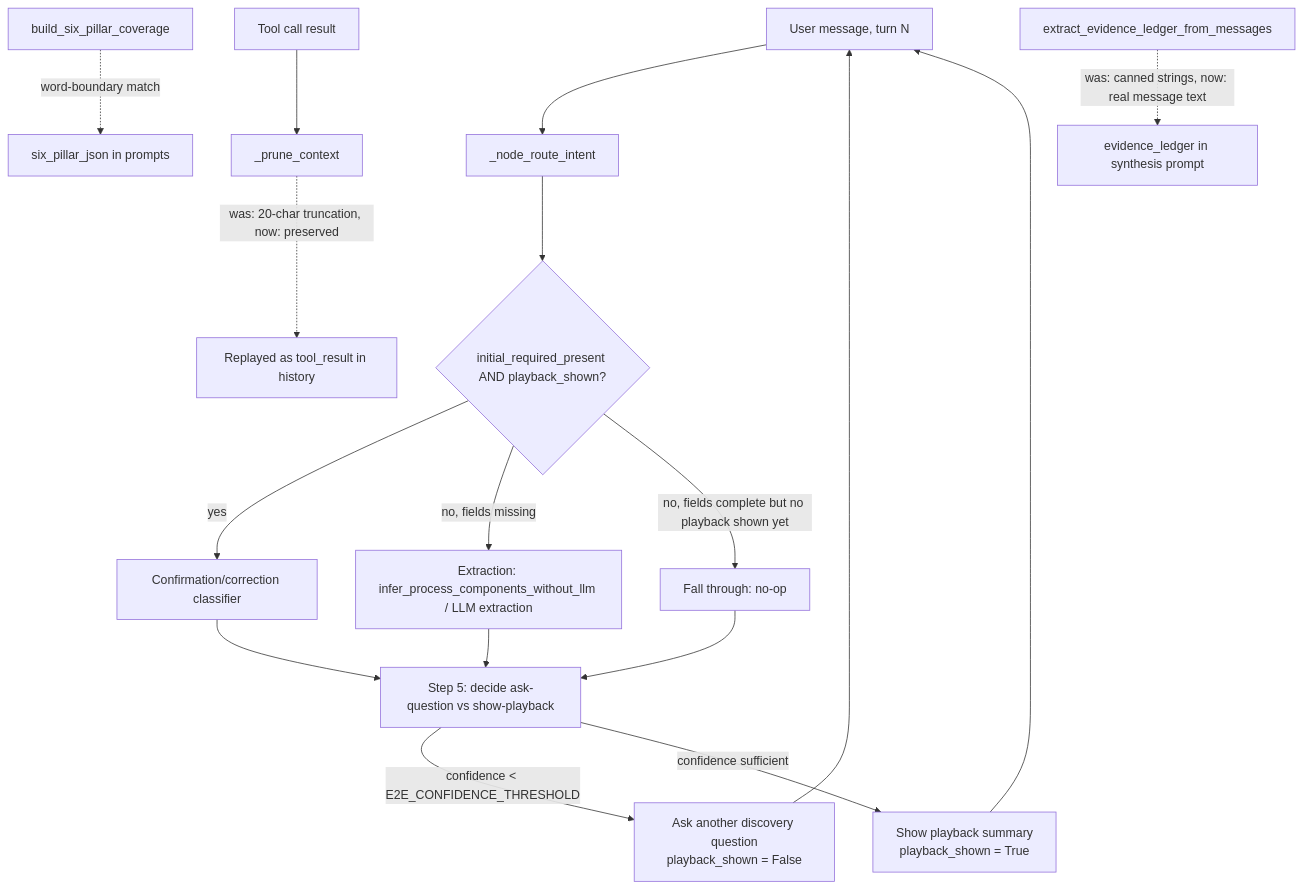
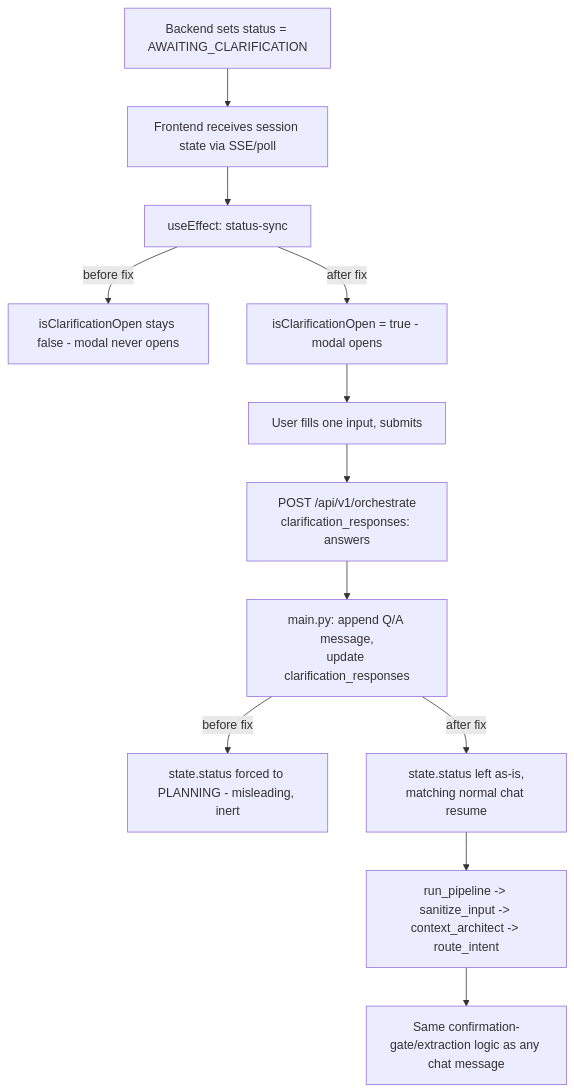
Before and after one commit to njt1980/BuildSense: the diagram in design.md, drawn with Mermaid. The commit also changed other lines of this file, not shown here.

````diff
--- a/design.md
+++ b/design.md
@@ -15,20 +12,14 @@
 ```mermaid
 graph TD
-    A[User message, turn N] --> B[_node_route_intent]
-    B --> C{initial_required_present AND playback_shown?}
-    C -- yes --> D[Confirmation/correction classifier]
-    C -- no, fields missing --> E[Extraction: infer_process_components_without_llm / LLM extraction]
-    C -- no, fields complete but no playback shown yet --> F[Fall through: no-op]
-    D --> G[Step 5: decide ask-question vs show-playback]
-    E --> G
-    F --> G
-    G -- confidence < E2E_CONFIDENCE_THRESHOLD --> H[Ask another discovery question<br/>playback_shown = False]
-    G -- confidence sufficient --> I[Show playback summary<br/>playback_shown = True]
-    H --> A
-    I --> A
-
-    J[build_six_pillar_coverage] -.word-boundary match.-> K[six_pillar_json in prompts]
-    L[Tool call result] --> M[_prune_context]
-    M -.was: 20-char truncation, now: preserved.-> N[Replayed as tool_result in history]
-    O[extract_evidence_ledger_from_messages] -.was: canned strings, now: real message text.-> P[evidence_ledger in synthesis prompt]
+    A[Backend sets status = AWAITING_CLARIFICATION] --> B[Frontend receives session state via SSE/poll]
+    B --> C[useEffect: status-sync]
+    C -->|before fix| D[isClarificationOpen stays false - modal never opens]
+    C -->|after fix| E[isClarificationOpen = true - modal opens]
+    E --> F[User fills one input, submits]
+    F --> G[POST /api/v1/orchestrate<br/>clarification_responses: answers]
+    G --> H[main.py: append Q/A message,<br/>update clarification_responses]
+    H -->|before fix| I[state.status forced to PLANNING - misleading, inert]
+    H -->|after fix| J[state.status left as-is,<br/>matching normal chat resume]
+    J --> K[run_pipeline -> sanitize_input -> context_architect -> route_intent]
+    K --> L[Same confirmation-gate/extraction logic as any chat message]
 ```
````
